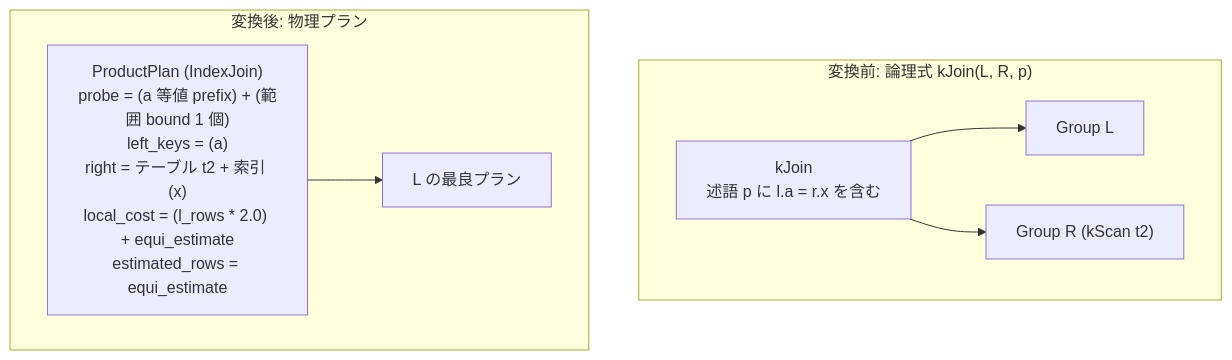
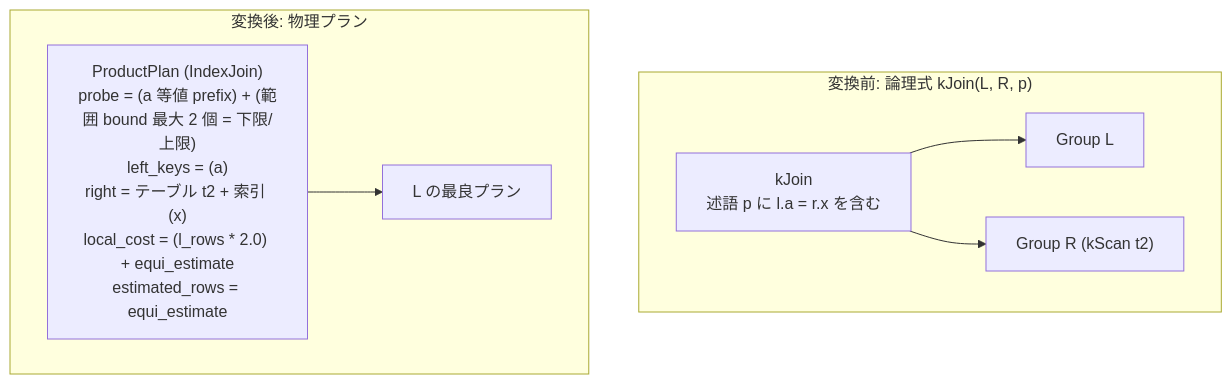
The diagram in docs/opt/part2-rules/implementation/index_join.md (kumagi/tinylamb), drawn with Mermaid before and after one commit. The commit also changed other lines of this file and 13 other files, not shown here.

````diff
--- a/docs/opt/part2-rules/implementation/index_join.md
+++ b/docs/opt/part2-rules/implementation/index_join.md
@@ -15,10 +16,10 @@
 ```mermaid
 graph TD
   subgraph before["変換前: 論理式 kJoin(L, R, p)"]
     J["kJoin<br/>述語 p に l.a = r.x を含む"] --> L["Group L"]
     J --> R2["Group R (kScan t2)"]
   end
   subgraph after["変換後: 物理プラン"]
-    IJ["ProductPlan (IndexJoin)<br/>probe = (a 等値 prefix) + (範囲 bound 1 個)<br/>left_keys = (a)<br/>right = テーブル t2 + 索引 (x)<br/>local_cost = (l_rows * 2.0) + equi_estimate<br/>estimated_rows = equi_estimate"] --> L1["L の最良プラン"]
+    IJ["ProductPlan (IndexJoin)<br/>probe = (a 等値 prefix) + (範囲 bound 最大 2 個 = 下限/上限)<br/>left_keys = (a)<br/>right = テーブル t2 + 索引 (x)<br/>local_cost = (l_rows * 2.0) + equi_estimate<br/>estimated_rows = equi_estimate"] --> L1["L の最良プラン"]
   end
 ```
````
